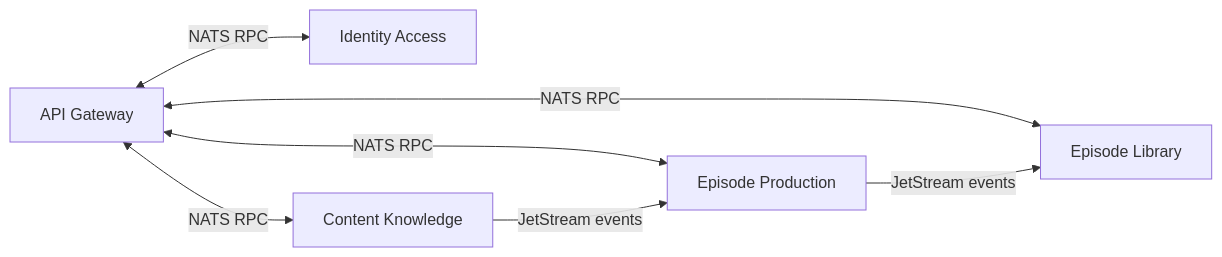
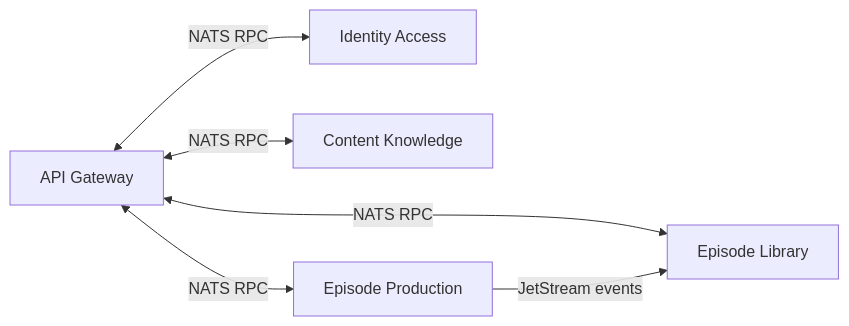
One commit to r4ai/news-podcast changed the third of 8 diagrams in docs/architecture.md. Above: the diagram before and after it, drawn with Mermaid. The commit also changed other lines of this file and 135 other files, not shown here.

````diff
--- a/docs/architecture.md
+++ b/docs/architecture.md
@@ -119,9 +123,8 @@
 ```mermaid
 flowchart LR
   Gateway["API Gateway"] <-->|"NATS RPC"| Identity["Identity Access"]
   Gateway <-->|"NATS RPC"| Content["Content Knowledge"]
   Gateway <-->|"NATS RPC"| Production["Episode Production"]
   Gateway <-->|"NATS RPC"| Library["Episode Library"]
-  Content -->|"JetStream events"| Production
   Production -->|"JetStream events"| Library
 ```
````
